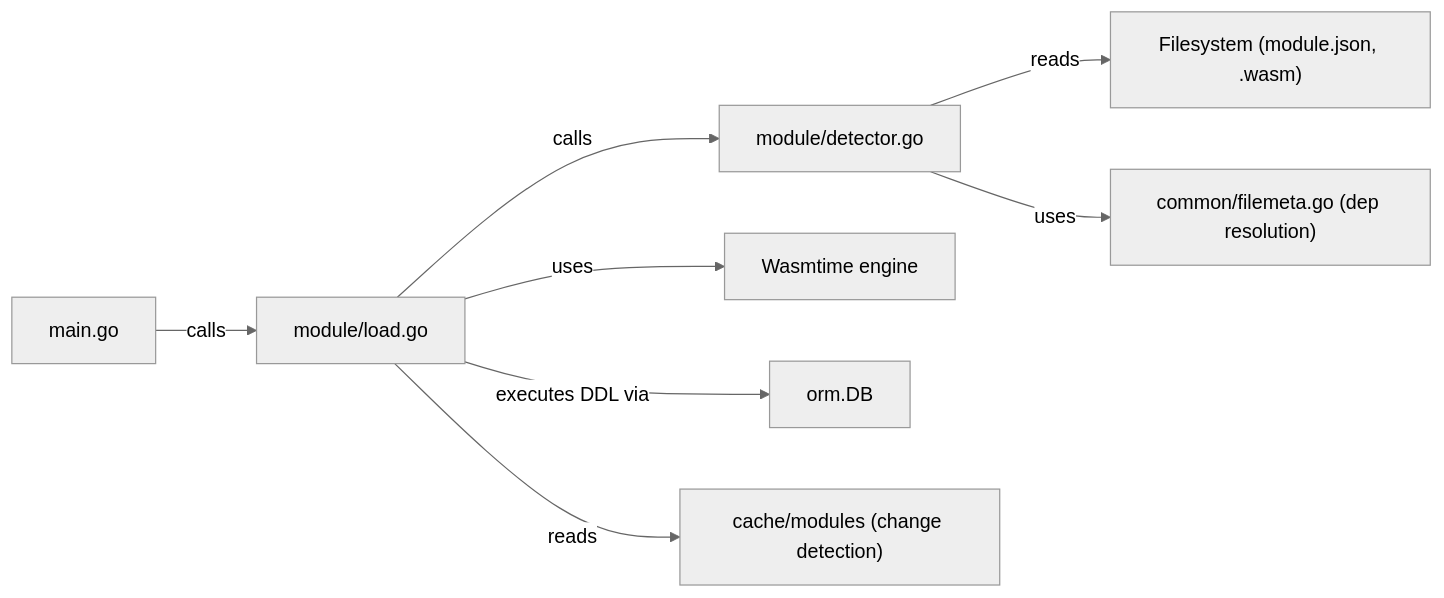
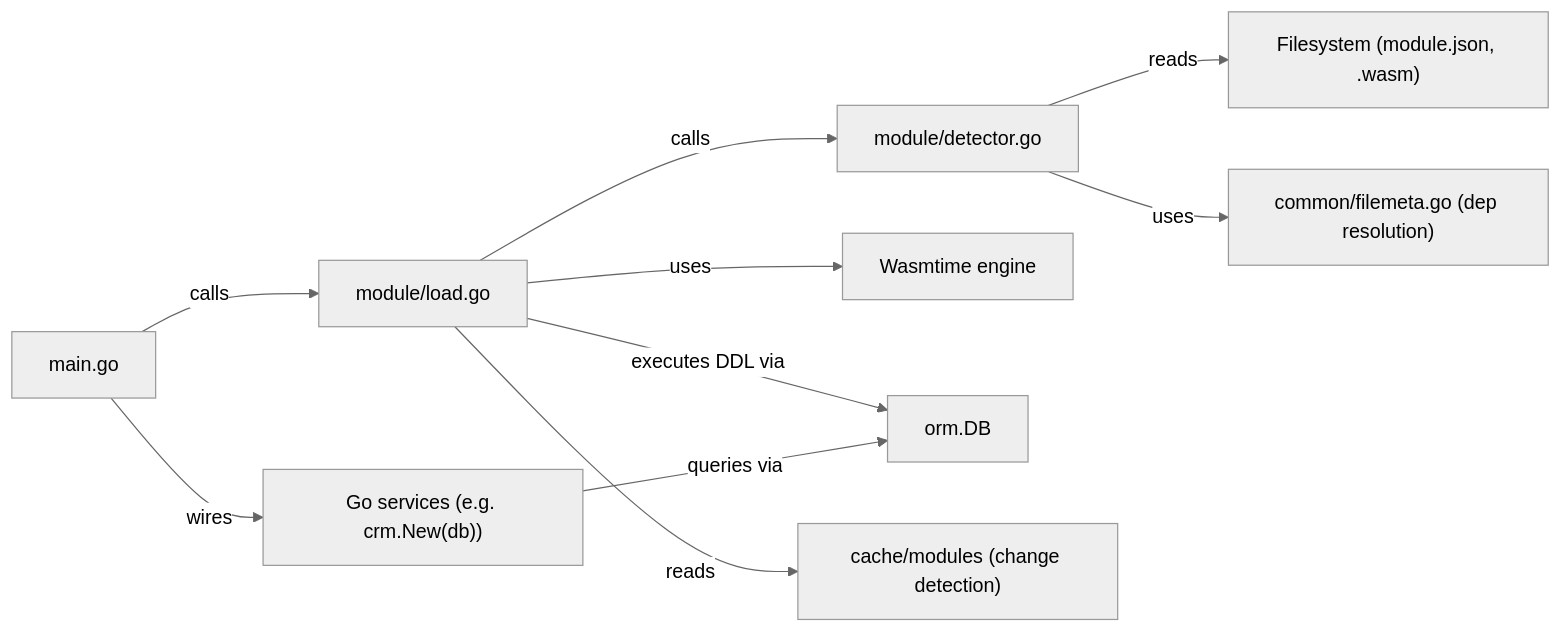
Before and after one commit to noiia/EERP-Documentation-Wiki: the fifth of 5 diagrams in docs/core/module-system.md, drawn with Mermaid (neutral theme). The commit also changed other lines of this file and 38 other files, not shown here.

````diff
--- a/docs/core/module-system.md
+++ b/docs/core/module-system.md
@@ -257,10 +283,12 @@
 ```mermaid
 graph LR
     main["main.go"] -->|calls| loader["module/load.go"]
     loader -->|calls| detector["module/detector.go"]
     detector -->|reads| fs["Filesystem (module.json, .wasm)"]
     detector -->|uses| resolver["common/filemeta.go (dep resolution)"]
     loader -->|uses| wasmtime["Wasmtime engine"]
     loader -->|executes DDL via| db["orm.DB"]
     loader -->|reads| snapshot["cache/modules (change detection)"]
+    main -->|wires| gosvcs["Go services (e.g. crm.New(db))"]
+    gosvcs -->|queries via| db
 ```
````
